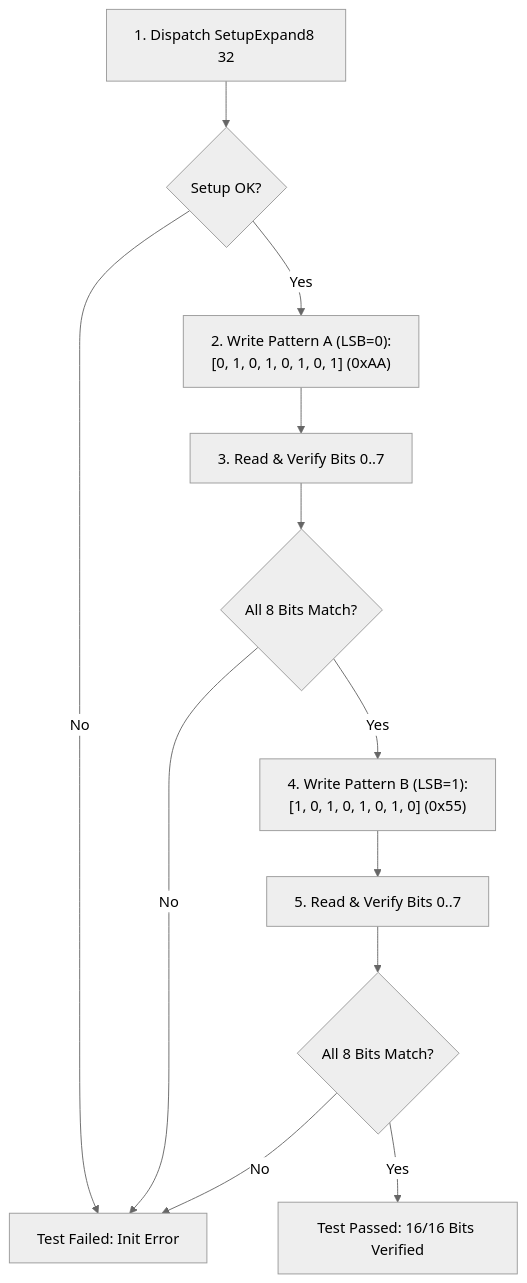
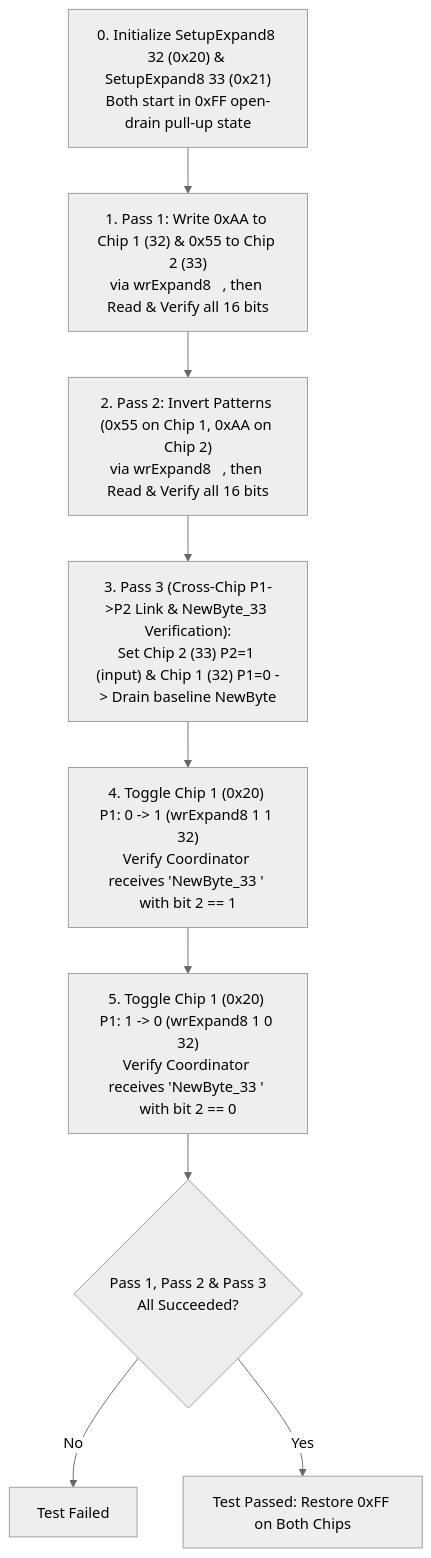
Before and after one commit to egapevets2/PNPzigbee: the seventh of 7 diagrams in PNPzigbee_Architecture_and_Features.md, drawn with Mermaid (neutral theme). The commit also changed other lines of this file and 29 other files, not shown here.

````diff
--- a/PNPzigbee_Architecture_and_Features.md
+++ b/PNPzigbee_Architecture_and_Features.md
@@ -1256,14 +1335,11 @@
 ```mermaid
 flowchart TD
-    START["1. Dispatch SetupExpand8 32"] --> VERIFY_SETUP{"Setup OK?"}
-    VERIFY_SETUP -- No --> FAIL["Test Failed: Init Error"]
-    VERIFY_SETUP -- Yes --> PATTERN_A["2. Write Pattern A (LSB=0):<br>[0, 1, 0, 1, 0, 1, 0, 1] (0xAA)"]
-    PATTERN_A --> READ_A["3. Read & Verify Bits 0..7"]
-    READ_A --> VERIFY_A{"All 8 Bits Match?"}
-    VERIFY_A -- No --> FAIL
-    VERIFY_A -- Yes --> PATTERN_B["4. Write Pattern B (LSB=1):<br>[1, 0, 1, 0, 1, 0, 1, 0] (0x55)"]
-    PATTERN_B --> READ_B["5. Read & Verify Bits 0..7"]
-    READ_B --> VERIFY_B{"All 8 Bits Match?"}
-    VERIFY_B -- No --> FAIL
-    VERIFY_B -- Yes --> PASS["Test Passed: 16/16 Bits Verified"]
+    START["0. Initialize SetupExpand8 32 (0x20) & SetupExpand8 33 (0x21)<br>Both start in 0xFF open-drain pull-up state"] --> PASS1["1. Pass 1: Write 0xAA to Chip 1 (32) & 0x55 to Chip 2 (33)<br>via wrExpand8 <bit> <val> <addr>, then Read & Verify all 16 bits"]
+    PASS1 --> PASS2["2. Pass 2: Invert Patterns (0x55 on Chip 1, 0xAA on Chip 2)<br>via wrExpand8 <bit> <val> <addr>, then Read & Verify all 16 bits"]
+    PASS2 --> PASS3_PREP["3. Pass 3 (Cross-Chip P1->P2 Link & NewByte_33 Verification):<br>Set Chip 2 (33) P2=1 (input) & Chip 1 (32) P1=0 -> Drain baseline NewByte"]
+    PASS3_PREP --> PASS3_HIGH["4. Toggle Chip 1 (0x20) P1: 0 -> 1 (wrExpand8 1 1 32)<br>Verify Coordinator receives 'NewByte_33 <X>' with bit 2 == 1"]
+    PASS3_HIGH --> PASS3_LOW["5. Toggle Chip 1 (0x20) P1: 1 -> 0 (wrExpand8 1 0 32)<br>Verify Coordinator receives 'NewByte_33 <X>' with bit 2 == 0"]
+    PASS3_LOW --> VERIFY{"Pass 1, Pass 2 & Pass 3<br>All Succeeded?"}
+    VERIFY -- No --> FAIL["Test Failed"]
+    VERIFY -- Yes --> PASS["Test Passed: Restore 0xFF on Both Chips"]
 ```
````
